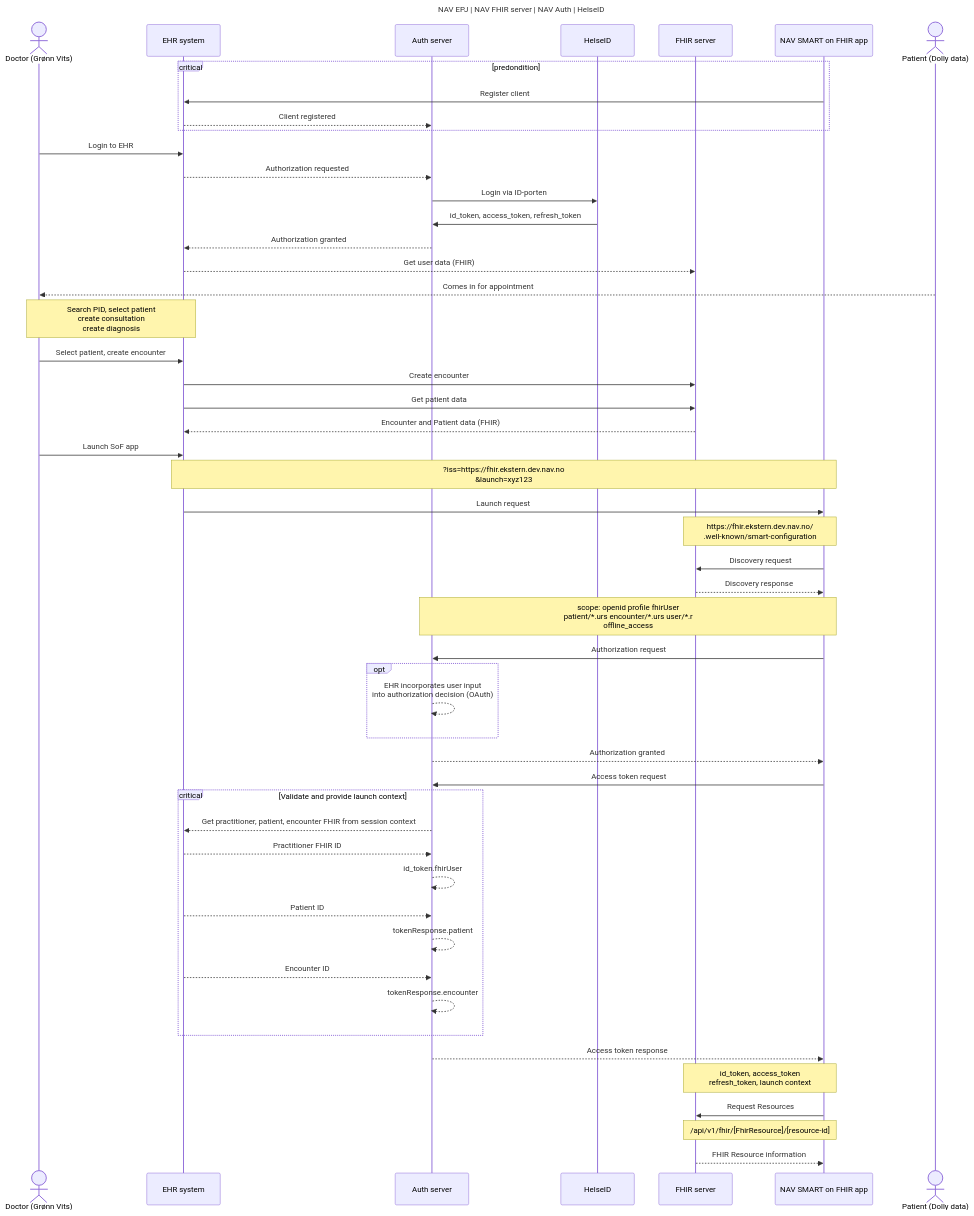
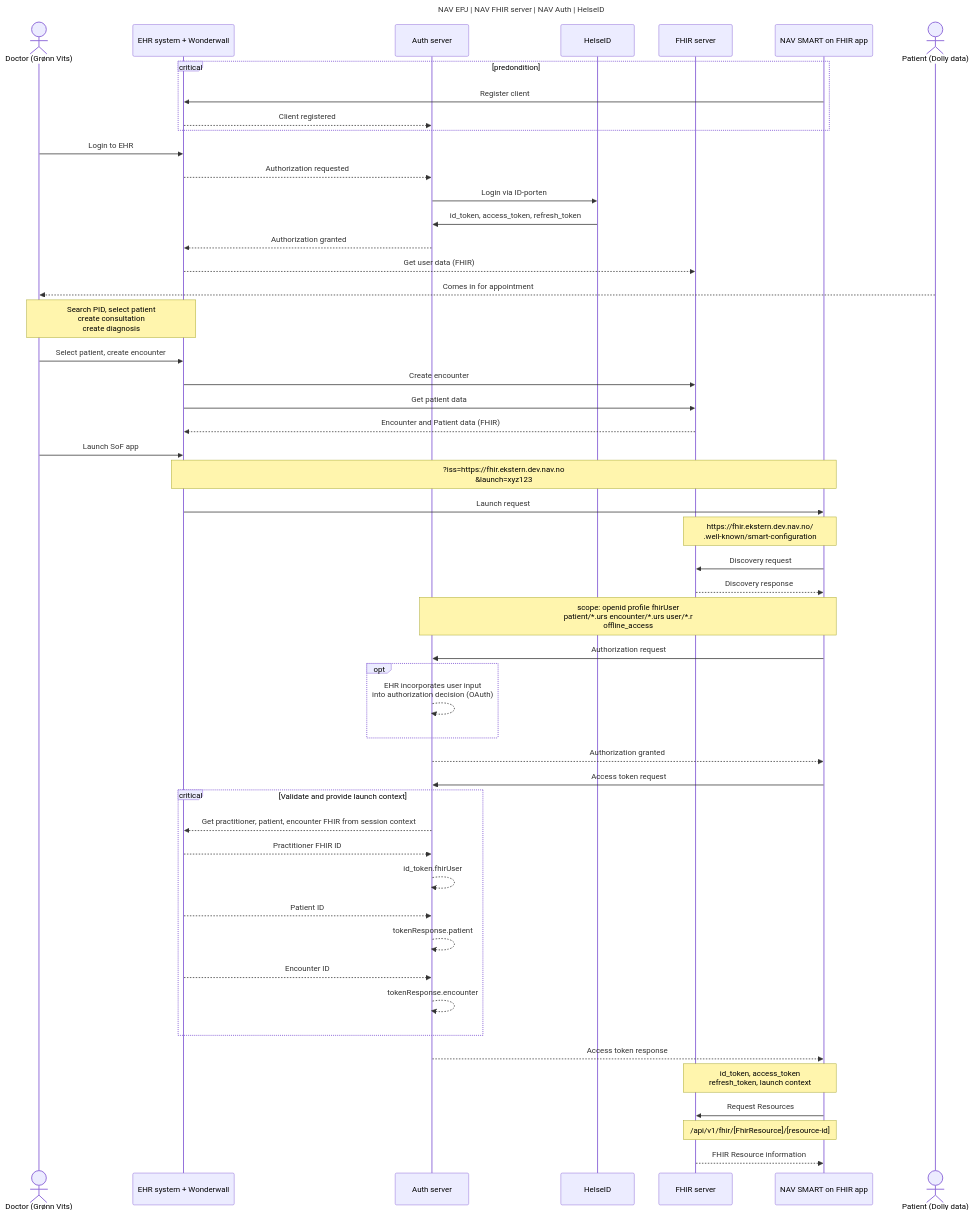
The diagram in README.md (navikt/nav-epj-auth-server), drawn with Mermaid before and after one commit.

Commit message:
add wonderwall to EPJ

````diff
--- a/README.md
+++ b/README.md
@@ -24,57 +24,57 @@
 ```mermaid
 ---
 title: NAV EPJ | NAV FHIR server | NAV Auth | HelseID
 ---
 sequenceDiagram
     actor DOC as Doctor (Grønn Vits)
-    participant EHR as EHR system
+    participant EHR as EHR system + Wonderwall
     participant AUTH as Auth server
     participant HID as HelseID
     participant FHIR as FHIR server
     participant NAV as NAV SMART on FHIR app
     actor PAT as Patient (Dolly data)
     
     critical predondition 
         NAV ->> EHR: Register client
         EHR -->> AUTH: Client registered
     end
     DOC ->> EHR: Login to EHR
     EHR -->> AUTH:  Authorization requested
     AUTH ->> HID: Login via ID-porten
     HID ->> AUTH: id_token, access_token, refresh_token
     AUTH -->> EHR:  Authorization granted
     EHR -->> FHIR:  Get user data (FHIR)
     PAT -->> DOC: Comes in for appointment
     Note over DOC,EHR: Search PID, select patient<br>create consultation<br>create diagnosis
     DOC ->> EHR: Select patient, create encounter
     EHR ->> FHIR: Create encounter
     EHR ->> FHIR: Get patient data
     FHIR -->> EHR: Encounter and Patient data (FHIR)
     DOC ->> EHR: Launch SoF app
     Note over EHR,NAV: ?iss=https://fhir.ekstern.dev.nav.no<br>&launch=xyz123
     EHR ->> NAV: Launch request
     Note over NAV,FHIR: https://fhir.ekstern.dev.nav.no/<br>.well-known/smart-configuration
     NAV ->> FHIR: Discovery request
     FHIR -->> NAV: Discovery response
     Note over NAV,AUTH: scope: openid profile fhirUser<br>patient/*.urs encounter/*.urs user/*.r<br>offline_access
     NAV ->> AUTH: Authorization request
     opt
         AUTH -->> AUTH: EHR incorporates user input<br>into authorization decision (OAuth)
     end
     AUTH -->> NAV: Authorization granted
     NAV ->> AUTH: Access token request
     critical Validate and provide launch context
         AUTH -->> EHR: Get practitioner, patient, encounter FHIR from session context
         EHR -->> AUTH: Practitioner FHIR ID
         AUTH -->> AUTH: id_token.fhirUser
         EHR -->> AUTH: Patient ID
         AUTH -->> AUTH: tokenResponse.patient
         EHR -->> AUTH: Encounter ID
         AUTH -->> AUTH: tokenResponse.encounter
     end
     AUTH -->> NAV: Access token response
     Note over NAV,FHIR: id_token, access_token<br>refresh_token, launch context
     NAV ->> FHIR: Request Resources
     Note over FHIR,NAV: /api/v1/fhir/[FhirResource]/[resource-id]
     FHIR -->> NAV: FHIR Resource information
 ```
````
